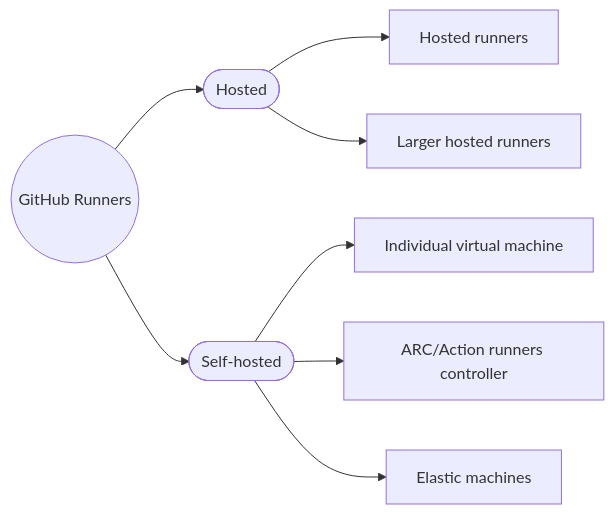
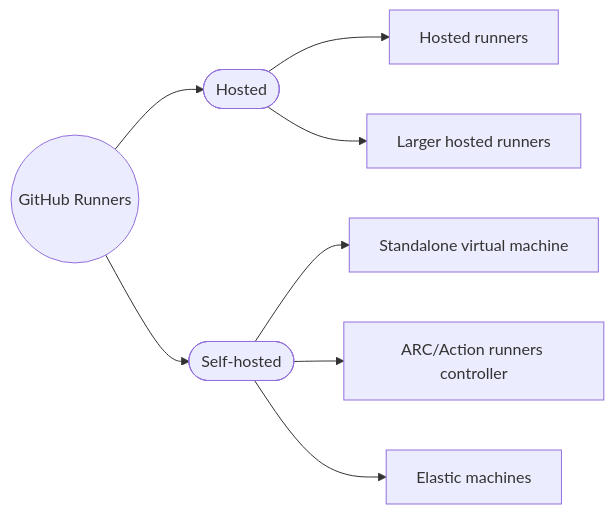
The diagram in Runners.md (samsmithnz/ParallelPipelinesDemo), drawn with Mermaid before and after one commit.

````diff
--- a/Runners.md
+++ b/Runners.md
@@ -1,10 +1,10 @@
 ```mermaid
   graph LR;
       root((GitHub Runners))-->hosted([Hosted]);
       root((GitHub Runners))-->selfhosted([Self-hosted]);
       hosted([Hosted])-->hostedRunners[Hosted runners];
       hosted([Hosted])-->largerHostedRunners[Larger hosted runners];
-      selfhosted([Self-hosted])-->selfHostedRunnersVM[Individual virtual machine];
+      selfhosted([Self-hosted])-->selfHostedRunnersVM[Standalone virtual machine];
       selfhosted([Self-hosted])-->selfHostedRunnersARC[ARC/Action runners controller];
       selfhosted([Self-hosted])-->selfHostedRunnersEM[Elastic machines];
 ```
````
